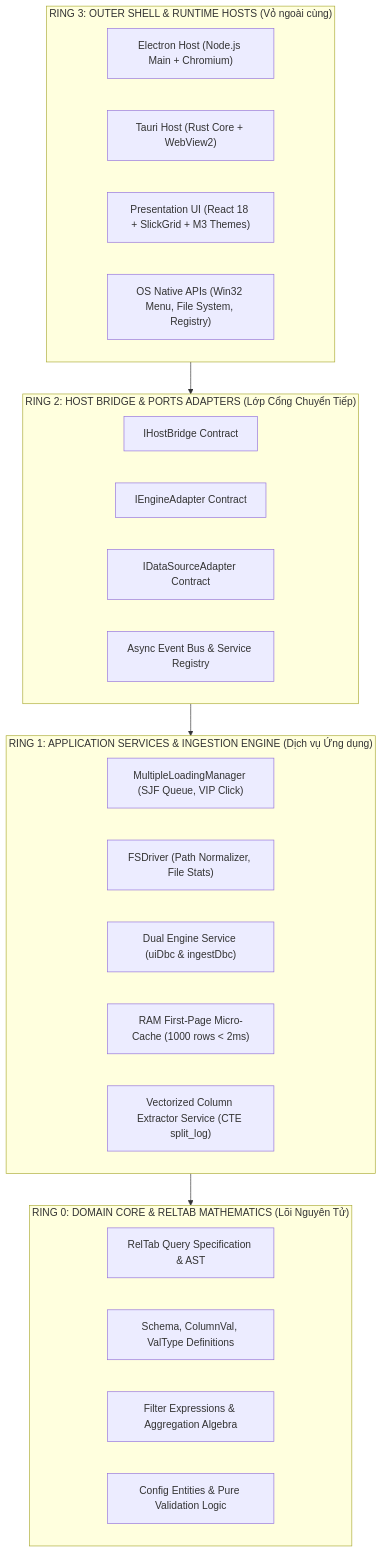
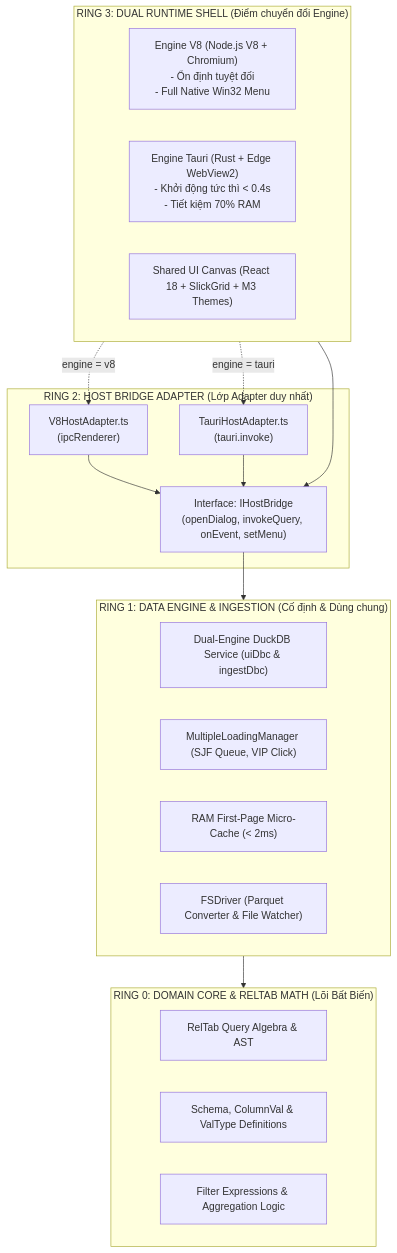
Before and after one commit to p1rkr41n/toad_electron: the first of 2 diagrams in docs/THIET_KE_KIEN_TRUC_RING_VA_MODULAR_DUAL_ENGINE.md, drawn with Mermaid. The commit also changed other lines of this file and 1 other file, not shown here.

Commit message:
docs: tune ring architecture and BA specification to focus exclusively on Tauri vs V8 engine switch

````diff
--- a/docs/THIET_KE_KIEN_TRUC_RING_VA_MODULAR_DUAL_ENGINE.md
+++ b/docs/THIET_KE_KIEN_TRUC_RING_VA_MODULAR_DUAL_ENGINE.md
@@ -27,35 +36,36 @@
 ```mermaid
 flowchart TD
-    subgraph Ring3["RING 3: OUTER SHELL & RUNTIME HOSTS (Vỏ ngoài cùng)"]
-        ElectronHost["Electron Host (Node.js Main + Chromium)"]
-        TauriHost["Tauri Host (Rust Core + WebView2)"]
-        ReactUI["Presentation UI (React 18 + SlickGrid + M3 Themes)"]
-        OSNative["OS Native APIs (Win32 Menu, File System, Registry)"]
+    subgraph Ring3["RING 3: DUAL RUNTIME SHELL (Điểm chuyển đổi Engine)"]
+        direction LR
+        V8Shell["Engine V8 (Node.js V8 + Chromium)\n- Ổn định tuyệt đối\n- Full Native Win32 Menu"]
+        TauriShell["Engine Tauri (Rust + Edge WebView2)\n- Khởi động tức thì < 0.4s\n- Tiết kiệm 70% RAM"]
+        SharedUI["Shared UI Canvas (React 18 + SlickGrid + M3 Themes)"]
     end
 
-    subgraph Ring2["RING 2: HOST BRIDGE & PORTS ADAPTERS (Lớp Cổng Chuyển Tiếp)"]
-        IHostBridge["IHostBridge Contract"]
-        IEngineAdapter["IEngineAdapter Contract"]
-        IDataSourceAdapter["IDataSourceAdapter Contract"]
-        EventBus["Async Event Bus & Service Registry"]
+    subgraph Ring2["RING 2: HOST BRIDGE ADAPTER (Lớp Adapter duy nhất)"]
+        IHostBridge["Interface: IHostBridge\n(openDialog, invokeQuery, onEvent, setMenu)"]
+        V8Adapter["V8HostAdapter.ts\n(ipcRenderer)"]
+        TauriAdapter["TauriHostAdapter.ts\n(tauri.invoke)"]
     end
 
-    subgraph Ring1["RING 1: APPLICATION SERVICES & INGESTION ENGINE (Dịch vụ Ứng dụng)"]
+    subgraph Ring1["RING 1: DATA ENGINE & INGESTION (Cố định & Dùng chung)"]
+        DualDuckDB["Dual-Engine DuckDB Service (uiDbc & ingestDbc)"]
         MLM["MultipleLoadingManager (SJF Queue, VIP Click)"]
-        FSDriver["FSDriver (Path Normalizer, File Stats)"]
-        DualDuckDBService["Dual Engine Service (uiDbc & ingestDbc)"]
-        RAMCacheManager["RAM First-Page Micro-Cache (1000 rows < 2ms)"]
-        ExtractorService["Vectorized Column Extractor Service (CTE split_log)"]
+        RAMCache["RAM First-Page Micro-Cache (< 2ms)"]
+        FSDriver["FSDriver (Parquet Converter & File Watcher)"]
     end
 
-    subgraph Ring0["RING 0: DOMAIN CORE & RELTAB MATHEMATICS (Lõi Nguyên Tử)"]
-        RelTab["RelTab Query Specification & AST"]
-        Schema["Schema, ColumnVal, ValType Definitions"]
-        FilterExp["Filter Expressions & Aggregation Algebra"]
-        ConfigModel["Config Entities & Pure Validation Logic"]
+    subgraph Ring0["RING 0: DOMAIN CORE & RELTAB MATH (Lõi Bất Biến)"]
+        RelTab["RelTab Query Algebra & AST"]
+        Schema["Schema, ColumnVal & ValType Definitions"]
+        Filter["Filter Expressions & Aggregation Logic"]
     end
 
-    Ring3 --> Ring2
-    Ring2 --> Ring1
+    V8Shell -. "engine = v8" .-> V8Adapter
+    TauriShell -. "engine = tauri" .-> TauriAdapter
+    V8Adapter --> IHostBridge
+    TauriAdapter --> IHostBridge
+    SharedUI --> IHostBridge
+    IHostBridge --> Ring1
     Ring1 --> Ring0
 ```
````
